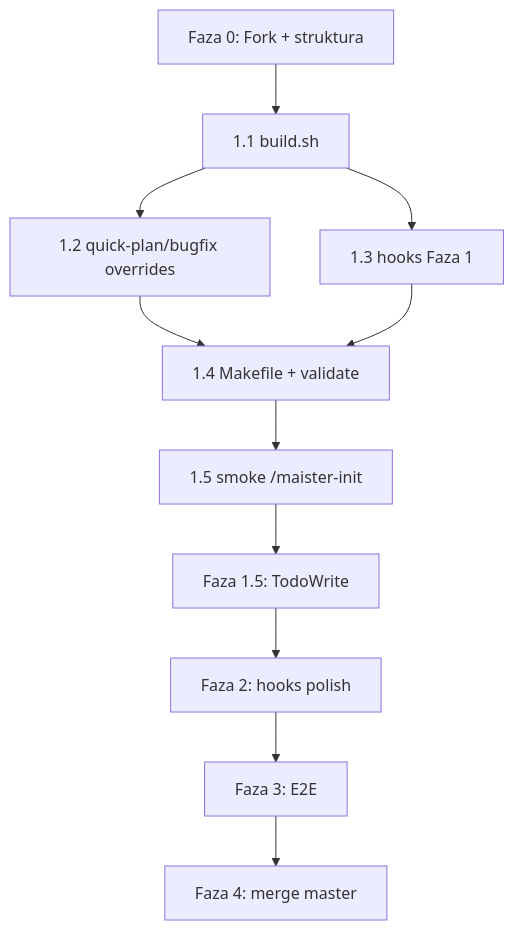
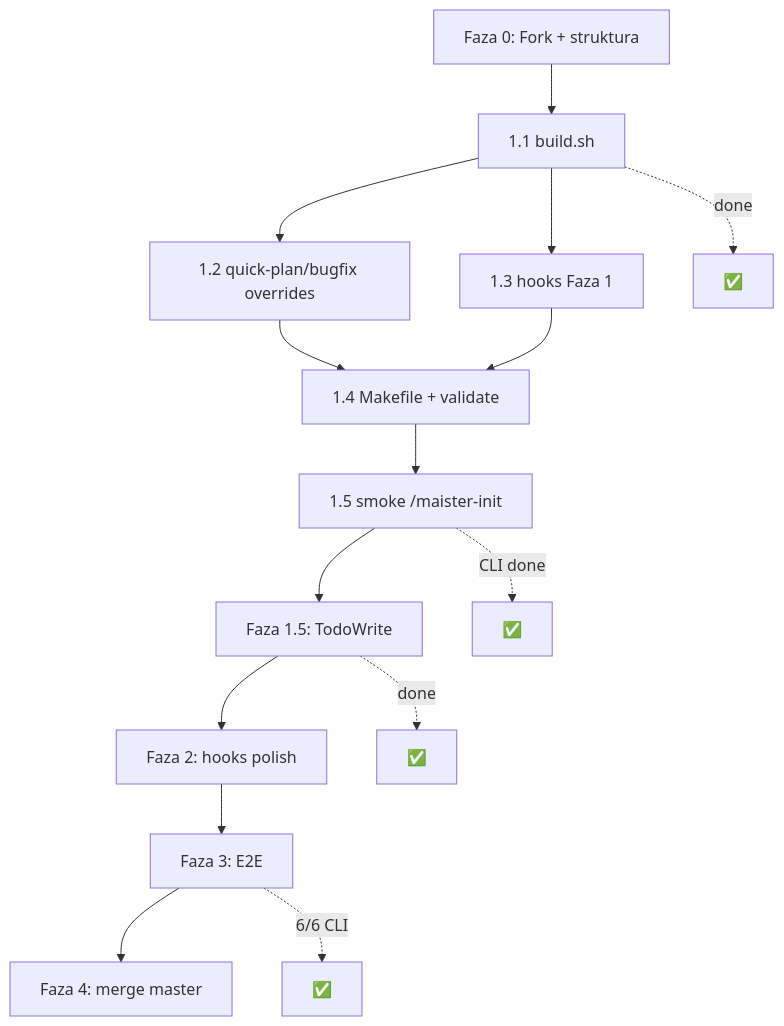
One commit to mateuszrapacz/maister changed the diagram in docs/cursor-agent-implementation-plan.md. Above: the diagram before and after it, drawn with Mermaid. The commit also changed other lines of this file and 1 other file, not shown here.

````diff
--- a/docs/cursor-agent-implementation-plan.md
+++ b/docs/cursor-agent-implementation-plan.md
@@ -295,13 +273,18 @@
 ```mermaid
 flowchart TD
   F0[Faza 0: Fork + struktura] --> F1A[1.1 build.sh]
   F1A --> F1B[1.2 quick-plan/bugfix overrides]
   F1A --> F1C[1.3 hooks Faza 1]
   F1B --> F1D[1.4 Makefile + validate]
   F1C --> F1D
   F1D --> F1E[1.5 smoke /maister-init]
   F1E --> F15[Faza 1.5: TodoWrite]
   F15 --> F2[Faza 2: hooks polish]
   F2 --> F3[Faza 3: E2E]
   F3 --> F4[Faza 4: merge master]
+
+  F1A -.->|done| F1Aok[✅]
+  F1E -.->|CLI done| F1Eok[✅]
+  F15 -.->|done| F15ok[✅]
+  F3 -.->|6/6 CLI| F3ok[✅]
 ```
````
